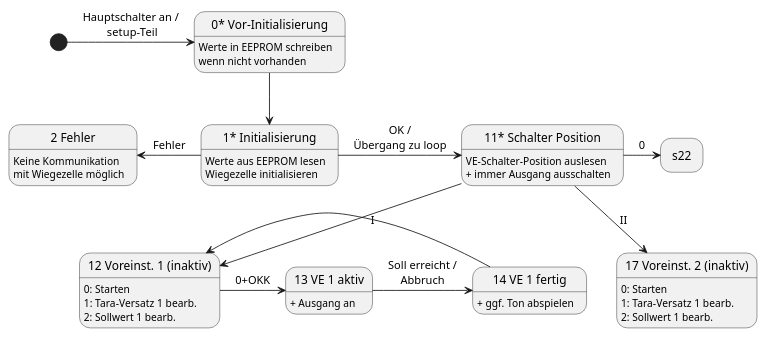
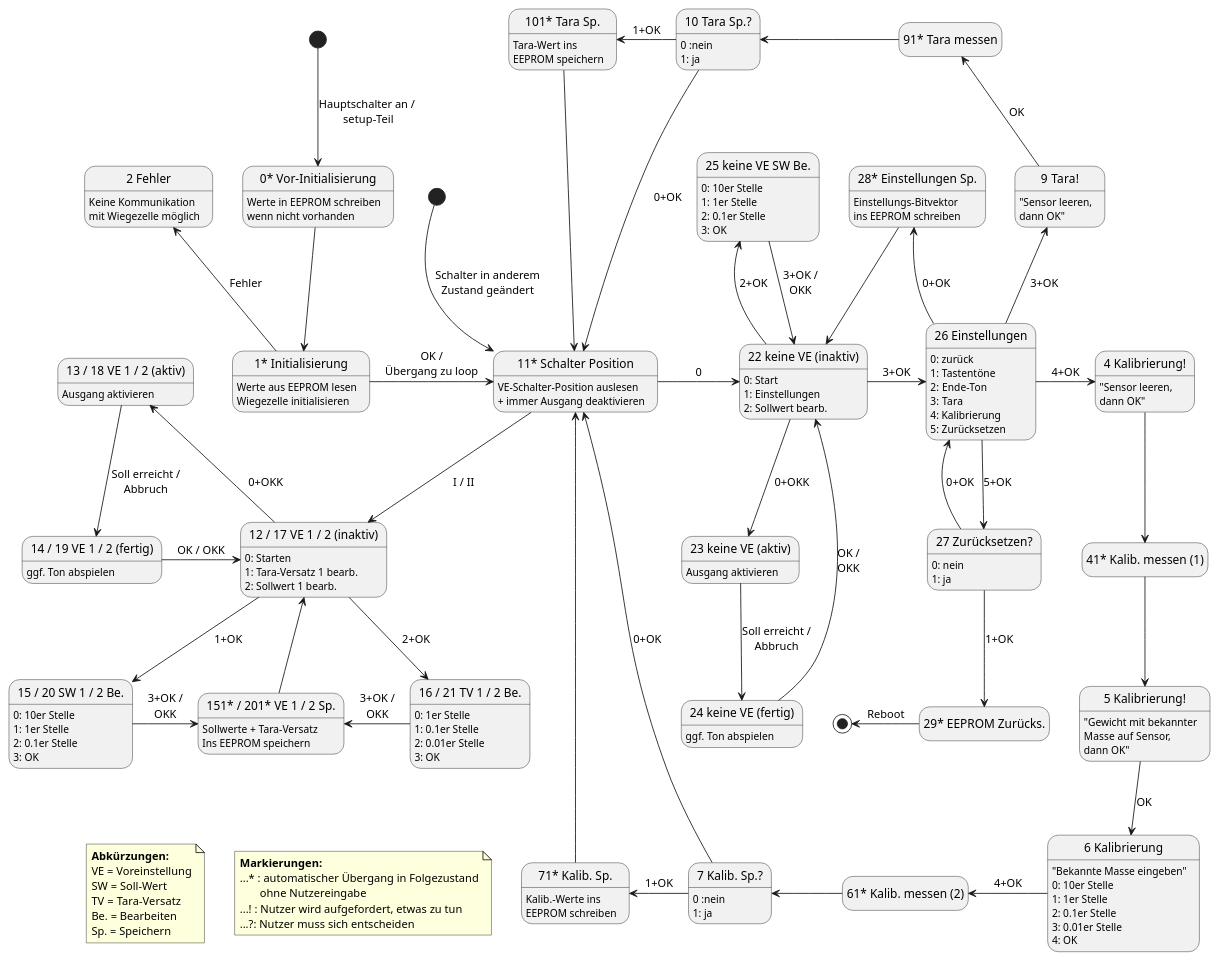
Before and after one commit to mva-one/Weight-O-Matic: the diagram in Zustandsdiagramm/state_diagram.puml, drawn with PlantUML. The commit also changed 2 other files, not shown here.

Commit message:
made beautiful state diagram

```diff
--- a/Zustandsdiagramm/state_diagram.puml
+++ b/Zustandsdiagramm/state_diagram.puml
@@ -1,113 +1,107 @@
 @startuml
 hide empty description
 
-[*] -r> s0 : Hauptschalter an /\n setup-Teil
+' legend top left
+' <b>Abkürzungen:</b>
+' VE = Voreinstellung
+' SW = Soll-Wert
+' TV = Tara-Versatz
+' Be. = Bearbeiten
+' Sp. = Speichern
+' end legend
+
+'state S as "Zustandsdiagramm Weight-O-Matic"
+'S --> s2
+
+
+[*] --> s0 : Hauptschalter an /\n setup-Teil
 state s0 as "0* Vor-Initialisierung" : Werte in EEPROM schreiben\nwenn nicht vorhanden
 s0 --> s1
 
 state s1 as "1* Initialisierung" : Werte aus EEPROM lesen\nWiegezelle initialisieren
-s1 -l> s2 : Fehler
+s1 -u-> s2 : Fehler
 s1 -r> s11 : OK /\nÜbergang zu loop
 
 state s2 as "2 Fehler" : Keine Kommunikation\nmit Wiegezelle möglich
 
+state s11_N <<start>>
+s11_N --> s11 : Schalter in anderem\nZustand geändert
+state s11 as "11* Schalter Position" : VE-Schalter-Position auslesen\n+ immer Ausgang deaktivieren
+s11 --> s12_17 : I / II
+s11 -> s22 : 0
 
-state s11 as "11* Schalter Position" : VE-Schalter-Position auslesen\n+ immer Ausgang ausschalten
-s11 --> s12 : I
-s11 --> s17 : II
-s11 -r> s22 : 0
+state s12_17 as "12 / 17 VE 1 / 2 (inaktiv)" : 0: Starten\n1: Tara-Versatz 1 bearb.\n2: Sollwert 1 bearb.
+s12_17 -l-> s13_18 : 0+OKK
+s12_17 --> s15_20 : 1+OK
+s12_17 --> s16_21 : 2+OK
 
-state s12 as "12 Voreinst. 1 (inaktiv)" : 0: Starten\n1: Tara-Versatz 1 bearb.\n2: Sollwert 1 bearb.
-s12 -> s13 : 0+OKK
+state s13_18 as "13 / 18 VE 1 / 2 (aktiv)" : Ausgang aktivieren
+s13_18 --> s14_19 : Soll erreicht /\nAbbruch
+state s14_19 as "14 / 19 VE 1 / 2 (fertig)" : ggf. Ton abspielen
+s14_19 -> s12_17 : OK / OKK
 
-state s13 as "13 VE 1 aktiv" : + Ausgang an
-s13 -> s14 : Soll erreicht /\nAbbruch
-state s14 as "14 VE 1 fertig" : + ggf. Ton abspielen
-s12 <- s14
+state s15_20 as "15 / 20 SW 1 / 2 Be." : 0: 10er Stelle\n1: 1er Stelle\n2: 0.1er Stelle\n3: OK
+s15_20 -> s151_201 : 3+OK /\nOKK
+state s16_21 as "16 / 21 TV 1 / 2 Be." : 0: 1er Stelle\n1: 0.1er Stelle\n2: 0.01er Stelle\n3: OK
+s16_21 -l> s151_201 : 3+OK /\nOKK
+state s151_201 as "151* / 201* VE 1 / 2 Sp." : Sollwerte + Tara-Versatz\nIns EEPROM speichern
+s151_201 -up-> s12_17
 
-'
-state s17 as "17 Voreinst. 2 (inaktiv)" : 0: Starten\n1: Tara-Versatz 1 bearb.\n2: Sollwert 1 bearb.
+state s22 as "22 keine VE (inaktiv)" : 0: Start\n1: Einstellungen\n2: Sollwert bearb.
+s22 --> s23 : 0+OKK
+s22 -u-> s25 : 2+OK
+s22 -> s26 : 3+OK
+state s23 as "23 keine VE (aktiv)" : Ausgang aktivieren
+s23 --> s24 : Soll erreicht /\nAbbruch
+state s24 as "24 keine VE (fertig)" : ggf. Ton abspielen
+s24 --> s22 : OK /\nOKK
+state s25 as "25 keine VE SW Be." : 0: 10er Stelle\n1: 1er Stelle\n2: 0.1er Stelle\n3: OK
+s25 -> s22 : 3+OK /\nOKK
 
+state s26 as "26 Einstellungen" : 0: zurück\n1: Tastentöne\n2: Ende-Ton\n3: Tara\n4: Kalibrierung\n5: Zurücksetzen
+s26 -u-> s28 : 0+OK
+'s26 -> s26 : 1/2+OK
+s26 -u-> s9 : 3+OK
+s26 -> s4 : 4+OK
+s26 --> s27 : 5+OK
+state s28 as "28* Einstellungen Sp." : Einstellungs-Bitvektor\nins EEPROM schreiben
+s28 --> s22
 
-' state s4 as "4 Kalibrierung" : Kalibrierung erforderlich\nSensor leeren, dann OK
-' state s5 as "5 Kalibrierung" : Gewicht mit bekannter\nMasse auf Sensor,\ndann OK
-' state s41 as "41 Tara messen"
-' s4 --> s41 : OK
-' s41 --> s5
-' state s6 as "6 Kalibrierung" : Bekannte Masse eingeben\n0: 10er Stelle\n1: 1er Stelle\n2: 0.1er Stelle\n3: 0.01er Stelle\n4: OK/X
-' s5 --> s6 : OK
-' state s7 as "7 Kalibrierung" : EEPROM Speichern?\n0 :nein\n1: ja
-' state s61 as "61 Kalibrierung"
-' s6 --> s61 : 4+OK
-' s61 --> s7
-' state s71 as "71 Werte speichern"
-' s7 --> s71
-' s71 --> s11
-' state s9 as "9 Tara" : Tara erforderlich\nSensor leeren, dann OK
-' state s10 as "10 Tara" : EEPROM Speichern?\n0 :nein\n1: ja
-' state s91 as "91 Tara messen"
-' s9 --> s91 : OK
-' s91 --> s10
-' state s101 as "101 Tara-Offset speichern"
-' s10 --> s101
-' s101 --> s11
-' 
-' 
-' s12 --> s11 : Schalter\ngeändert
-' 
-' s12 --> s13 : 0+lang-OK
-' 
-' s13 --> s14 : Soll erreicht\n/ Abbruch
-' s14 --> s12
-' state s15 as "15 Soll-1 bearb." : 0: 10er Stelle\n1: 1er Stelle\n2: 0.1er Stelle\n3: OK/X\n+ EEPROM speichern
-' s12 --> s15 : 2+OK
-' state s151 as "151 VE1 Werte Speichern" : Sollwerte + Tara-Versatz
-' s15 --> s151
-' state s16 as "16 TV-1 bearb." : 0: 1er Stelle\n1: 0.1er Stelle\n2: 0.01er Stelle\n3: OK/X\n+ EEPROM speichern
-' s12 --> s16 : 1+OK
-' s16 --> s151
-' s151 --> s12
-' 
-' 
-' s17 --> s11 : Schalter\ngeändert
-' state s18 as "18 VE 2 aktiv" : + Ausgang an
-' s17 --> s18 : 0+lang-OK
-' state s19 as "19 VE 2 fertig" : + Ton abspielen
-' s18 --> s19 : Soll erreicht\n/ Abbruch
-' s19 --> s17
-' state s20 as "20 Soll-2 bearb." : 0: 10er Stelle\n1: 1er Stelle\n2: 0.1er Stelle\n3: OK/X\n+ EEPROM speichern
-' s17 --> s20 : 2+OK
-' state s201 as "201 VE2 Werte Speichern" : Sollwerte + Tara-Versatz
-' s20 --> s201 : OK
-' state s21 as "21 TV-2 bearb." : 0: 1er Stelle\n1: 0.1er Stelle\n2: 0.01er Stelle\n3: OK/X\n+ EEPROM speichern
-' s17 --> s21 : 1+OK
-' s21 --> s201 : OK
-' s201 --> s17
+state s27 as "27 Zurücksetzen?" : 0: nein\n1: ja
+s27 --> s26 : 0+OK
+s27 --> s29 : 1+OK
+state s29 as "29* EEPROM Zurücks."
+s29 -l-> [*] : Reboot
 
-' state s22 as "22 keine VE gewählt" : 0: Start\n1: Einstellungen\n2: Sollwert bearb. 
-' 
-' s22 --> s11 : Schalter\ngeändert
-' state s23 as "23 ohne VE aktiv" : + Ausgang an
-' s22 --> s23 : 0+lang-OK
-' state s24 as "24 ohne VE fertig" : + Ton abspielen (?)
-' s23 -l> s24 : Soll erreicht \n/ Abbruch
-' s24 --> s22
-' state s25 as "25 Soll-oVE bearb." : 0: 10er Stelle\n1: 1er Stelle\n2: 0.1er Stelle\n3: OK/X
-' s22 -> s25 : 2+OK
-' s25 -> s22 : OK
-' state s26 as "26 Einstellungen" : 0: zurück\n1: Tastentöne\n2: Ende-Ton\n3: Tara\n4: Kalibrierung\n5: Zurücksetzen
-' s22 --> s26 : 1+OK
-' state s28 as "28 Einstellungen speichern"
-' s26 --> s28 : 0+OK
-' s28 --> s22
-' s26 -->s9 : 3+OK
-' s26 --> s4 : 4+OK
-' state s27 as "27 Zurücksetzen" : Wirklich zurücksetzen?\n0: nein\n1: ja
-' s26 --> s27 : 5+OK
-' s26 -> s26 : 1|2+OK
-' s27 --> s26 : 0+OK
-' state s29 as "29 Zurücksetzen" : EEPROM löschen!\nReboot!
-' s27 --> s29 : 1+OK
-' s29 --> [*]
+state s9 as "9 Tara!" : "Sensor leeren,\ndann OK"
+s9 -u-> s91 : OK
+state s91 as "91* Tara messen"
+s91 -l-> s10
+state s10 as "10 Tara Sp.?" : 0 :nein\n1: ja
+s10 -l-> s101 : 1+OK
+s10 --> s11 : 0+OK
+state s101 as "101* Tara Sp." : Tara-Wert ins\nEEPROM speichern
+s101 ---> s11
+
+state s4 as "4 Kalibrierung!" : "Sensor leeren,\ndann OK"
+s4 --> s41
+state s41 as "41* Kalib. messen (1)"
+s41 --> s5
+state s5 as "5 Kalibrierung!" : "Gewicht mit bekannter\nMasse auf Sensor,\ndann OK"
+s5 --> s6 : OK
+state s6 as "6 Kalibrierung" : "Bekannte Masse eingeben"\n0: 10er Stelle\n1: 1er Stelle\n2: 0.1er Stelle\n3: 0.01er Stelle\n4: OK
+s6 -l-> s61 : 4+OK
+state s61 as "61* Kalib. messen (2)"
+s61 -l-> s7
+state s7 as "7 Kalib. Sp.?" : 0 :nein\n1: ja
+s7 -u---> s11 : 0+OK
+s7 -l-> s71 : 1+OK
+state s71 as "71* Kalib. Sp." : Kalib.-Werte ins\nEEPROM schreiben
+s71 -u---> s11
+
+note "<b>Abkürzungen:</b>\nVE = Voreinstellung\nSW = Soll-Wert\nTV = Tara-Versatz\nBe. = Bearbeiten\nSp. = Speichern" as N1
+note "<b>Markierungen:</b>\n...* : automatischer Übergang in Folgezustand\n       ohne Nutzereingabe\n...! : Nutzer wird aufgefordert, etwas zu tun\n...?: Nutzer muss sich entscheiden" as N2
+N1 -[hidden]> N2
+N2 -[hidden]> s71
 
 @enduml
```
